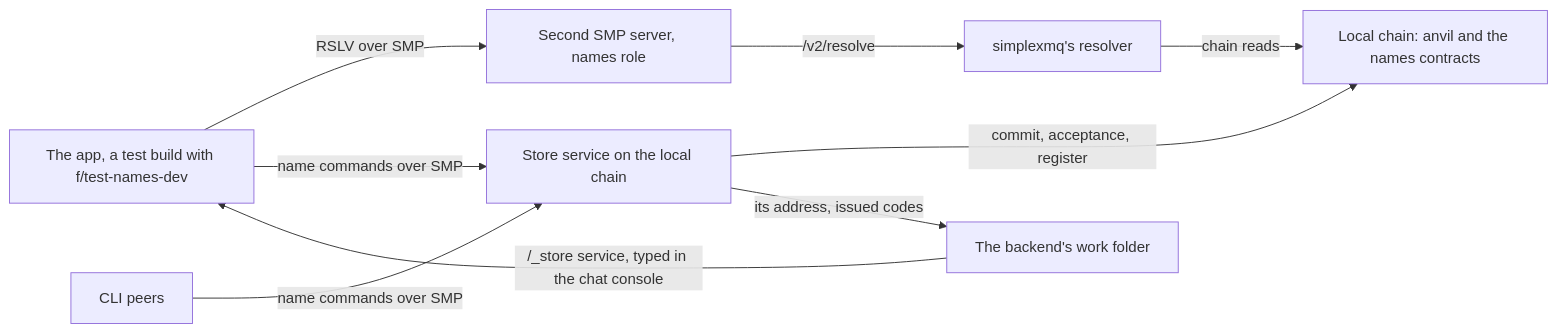
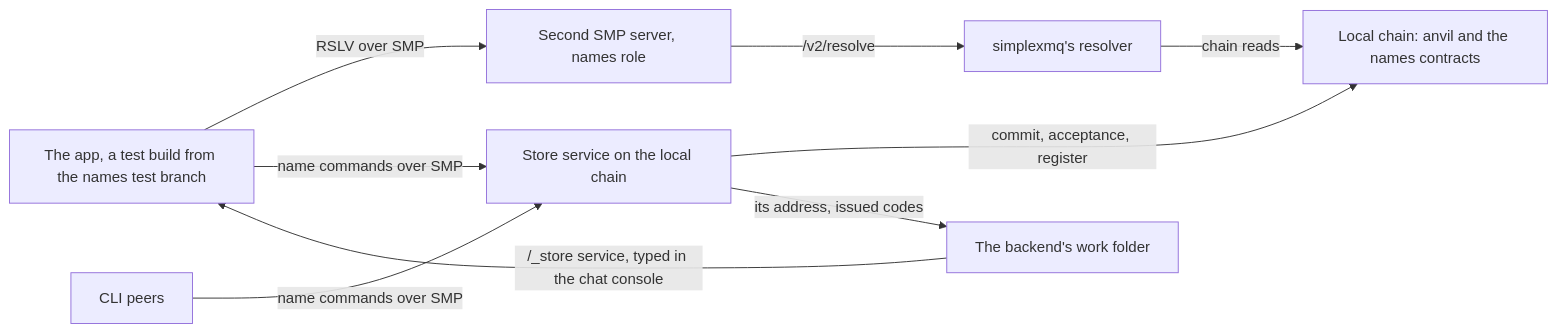
Diagram 11 of 11 in plans/2026-10-30-names-in-app-purchases.md (simplex-chat/simplex-chat), drawn with Mermaid before and after one commit. The commit also changed other lines of this file, not shown here.

Commit message:
docs: names plan drops setup steps that belong in a handoff

````diff
--- a/plans/2026-10-30-names-in-app-purchases.md
+++ b/plans/2026-10-30-names-in-app-purchases.md
@@ -1582,11 +1576,11 @@
 ```mermaid
 flowchart LR
-  app["The app, a test build with f/test-names-dev"] -->|"RSLV over SMP"| smp2["Second SMP server, names role"]
+  app["The app, a test build from the names test branch"] -->|"RSLV over SMP"| smp2["Second SMP server, names role"]
   smp2 -->|"/v2/resolve"| resolver["simplexmq's resolver"]
   resolver -->|"chain reads"| chain["Local chain: anvil and the names contracts"]
   app -->|"name commands over SMP"| svc["Store service on the local chain"]
   svc -->|"commit, acceptance, register"| chain
   svc -->|"its address, issued codes"| work["The backend's work folder"]
   work -->|"/_store service, typed in the chat console"| app
   cli["CLI peers"] -->|"name commands over SMP"| svc
 ```
````
